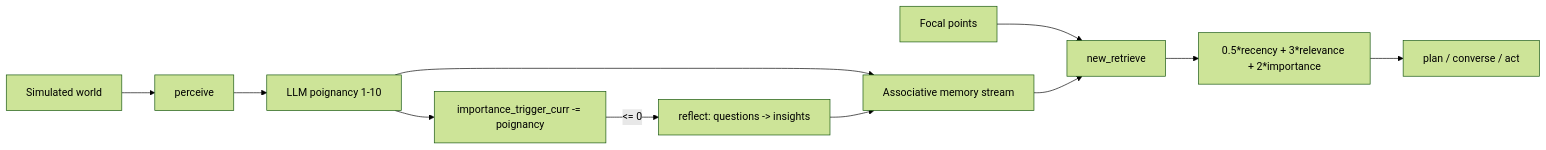
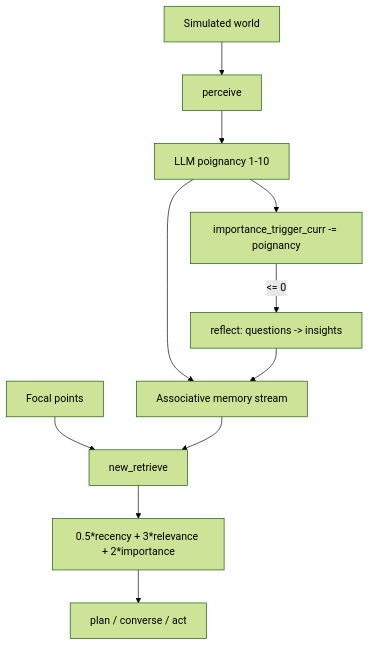
Before and after one commit to neoneye/agent-memory-atlas: the diagram in content/systems/generative-agents.md, drawn with Mermaid (forest theme). The commit also changed 99 other files, not shown here.

First line of the commit message:
Reshape the remaining 49 diagrams so their labels are legible

````diff
--- a/content/systems/generative-agents.md
+++ b/content/systems/generative-agents.md
@@ -111,13 +111,13 @@
 ```mermaid
-flowchart LR
+flowchart TD
   World["Simulated world"] --> Perceive["perceive"]
   Perceive --> Poig["LLM poignancy 1-10"]
   Poig --> Stream["Associative memory stream"]
   Poig --> Trig["importance_trigger_curr -= poignancy"]
   Trig -->|"<= 0"| Reflect["reflect: questions -> insights"]
   Reflect --> Stream
   Focal["Focal points"] --> Retr["new_retrieve"]
   Stream --> Retr
   Retr --> Score["0.5*recency + 3*relevance + 2*importance"]
   Score --> Plan["plan / converse / act"]
 ```
````
